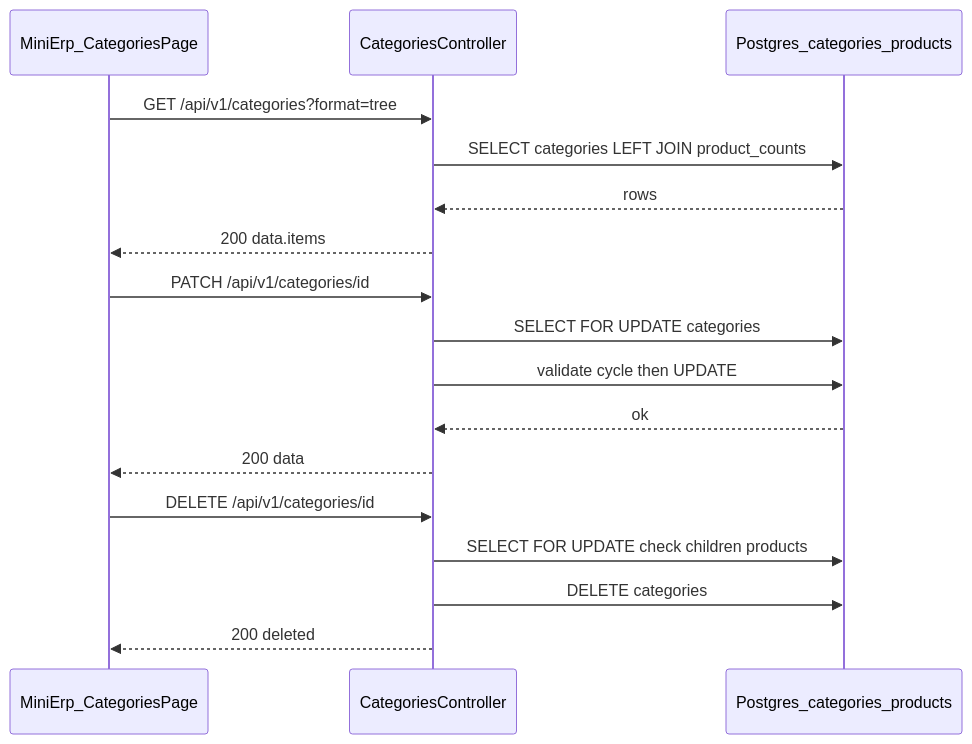
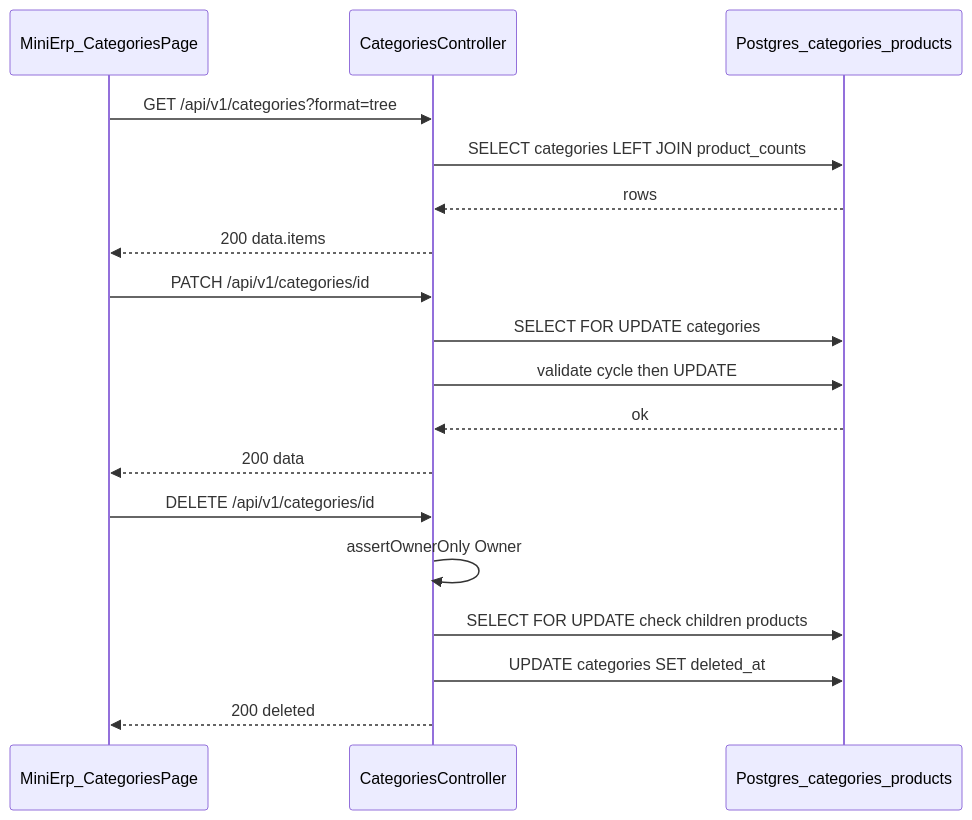
Before and after one commit to datqn123/Smart-ERP: the diagram in backend/docs/srs/SRS_Task029-033_categories-management.md, drawn with Mermaid. The commit also changed other lines of this file and 31 other files, not shown here.

````diff
--- a/backend/docs/srs/SRS_Task029-033_categories-management.md
+++ b/backend/docs/srs/SRS_Task029-033_categories-management.md
@@ -144,22 +178,23 @@
 ```mermaid
 sequenceDiagram
   participant UI as MiniErp_CategoriesPage
   participant API as CategoriesController
   participant DB as Postgres_categories_products
 
   UI->>API: GET /api/v1/categories?format=tree
   API->>DB: SELECT categories LEFT JOIN product_counts
   DB-->>API: rows
   API-->>UI: 200 data.items
 
   UI->>API: PATCH /api/v1/categories/id
   API->>DB: SELECT FOR UPDATE categories
   API->>DB: validate cycle then UPDATE
   DB-->>API: ok
   API-->>UI: 200 data
 
   UI->>API: DELETE /api/v1/categories/id
+  API->>API: assertOwnerOnly Owner
   API->>DB: SELECT FOR UPDATE check children products
-  API->>DB: DELETE categories
+  API->>DB: UPDATE categories SET deleted_at
   API-->>UI: 200 deleted
 ```
````
